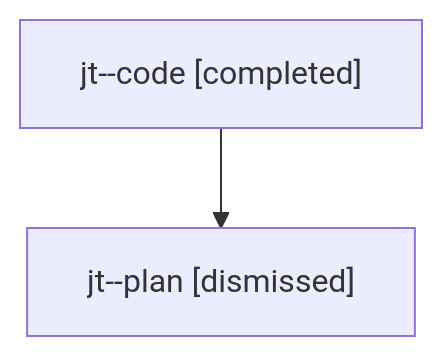
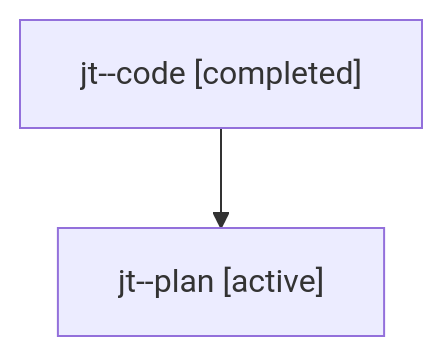
Before and after one commit to sase-org/sase--agents: the diagram in families/bbugyi200.athena.jt.md, drawn with Mermaid. The commit also changed other lines of this file and 8679 other files, not shown here.

````diff
--- a/families/bbugyi200.athena.jt.md
+++ b/families/bbugyi200.athena.jt.md
@@ -9,6 +9,6 @@
 ```mermaid
 flowchart TD
   n0["jt--code [completed]"]
-  n1["jt--plan [dismissed]"]
+  n1["jt--plan [active]"]
   n0 --> n1
 ```
````
